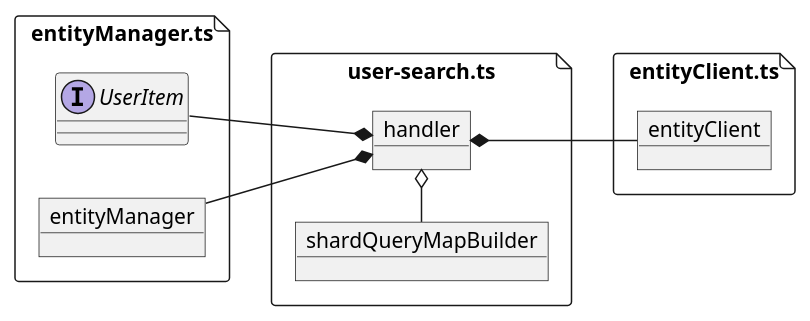
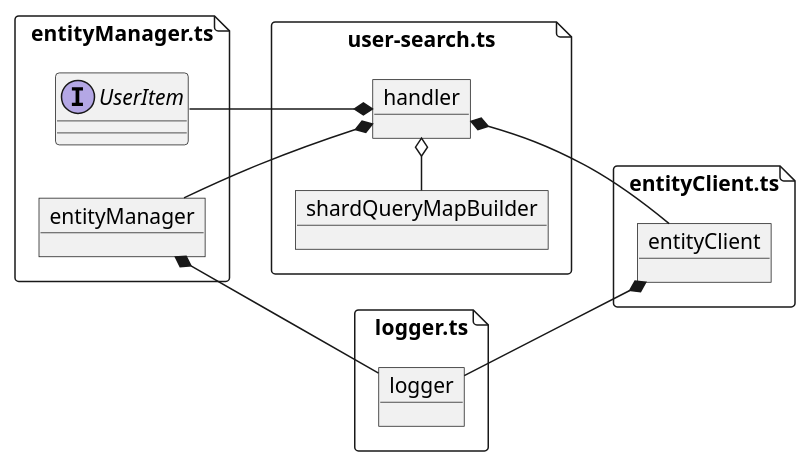
One commit to karmaniverous/entity-manager-demo changed the diagram in diagrams/handler.pu. Above: the diagram before and after it, drawn with PlantUML. The commit also changed 7 other files, not shown here.

```diff
--- a/diagrams/handler.pu
+++ b/diagrams/handler.pu
@@ -1,27 +1,34 @@
 @startuml search
 
 allowmixing
 
 left to right direction
+
+file "logger.ts" as loggerTs {
+    object logger
+}
 
 file "entityManager.ts" as entityManagerTs {
     interface UserItem
     object entityManager
 }
 
 file "entityClient.ts" as entitClientTs {
     object entityClient
+
+    logger --* entityClient 
 }
 
 file "user-search.ts" as searchTs {
     object handler
 
     entityManager --* handler  
     UserItem --* handler 
     handler *-- entityClient
+    entityManager *-- logger
 
     object shardQueryMapBuilder
     shardQueryMapBuilder -o handler
 }
 
 @enduml
```
